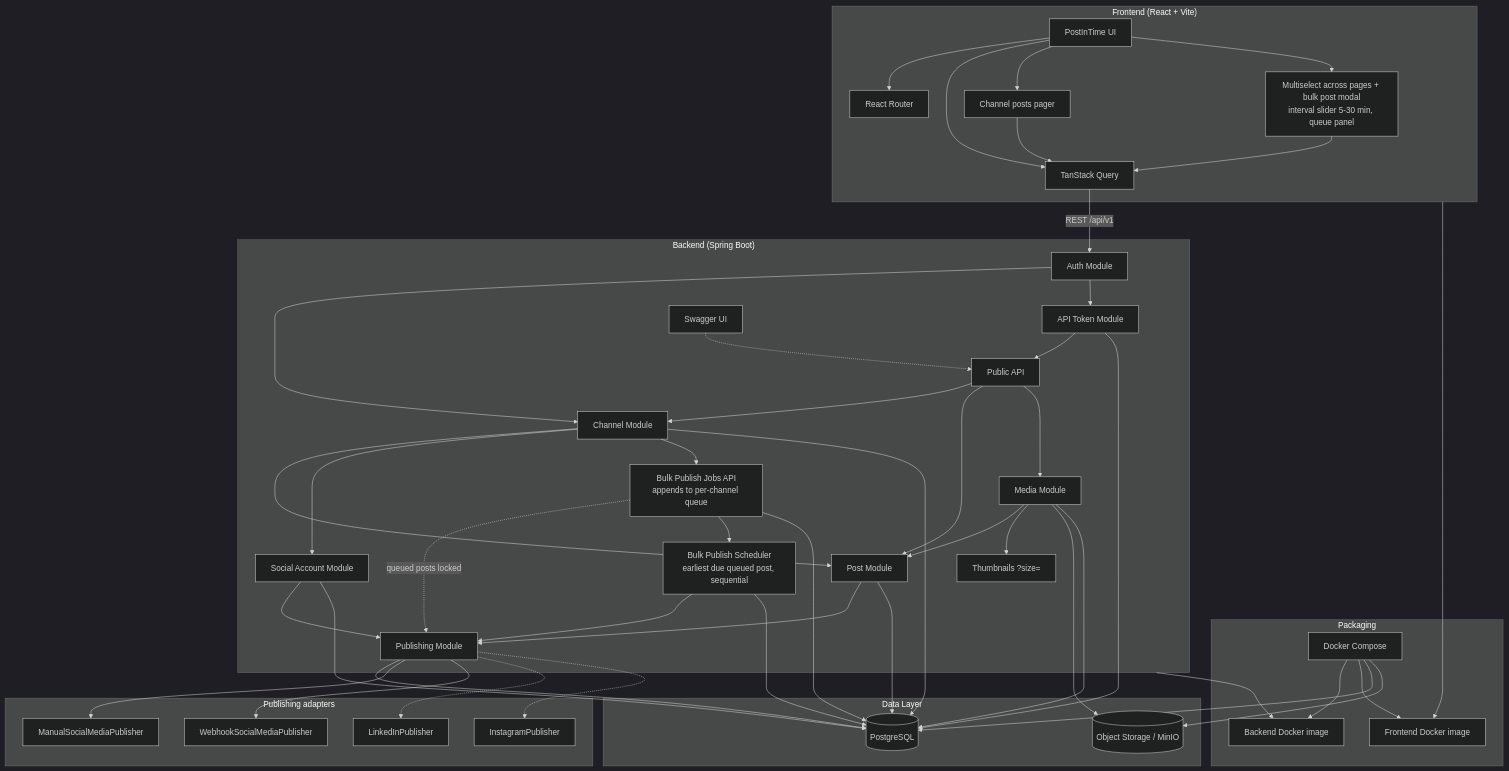
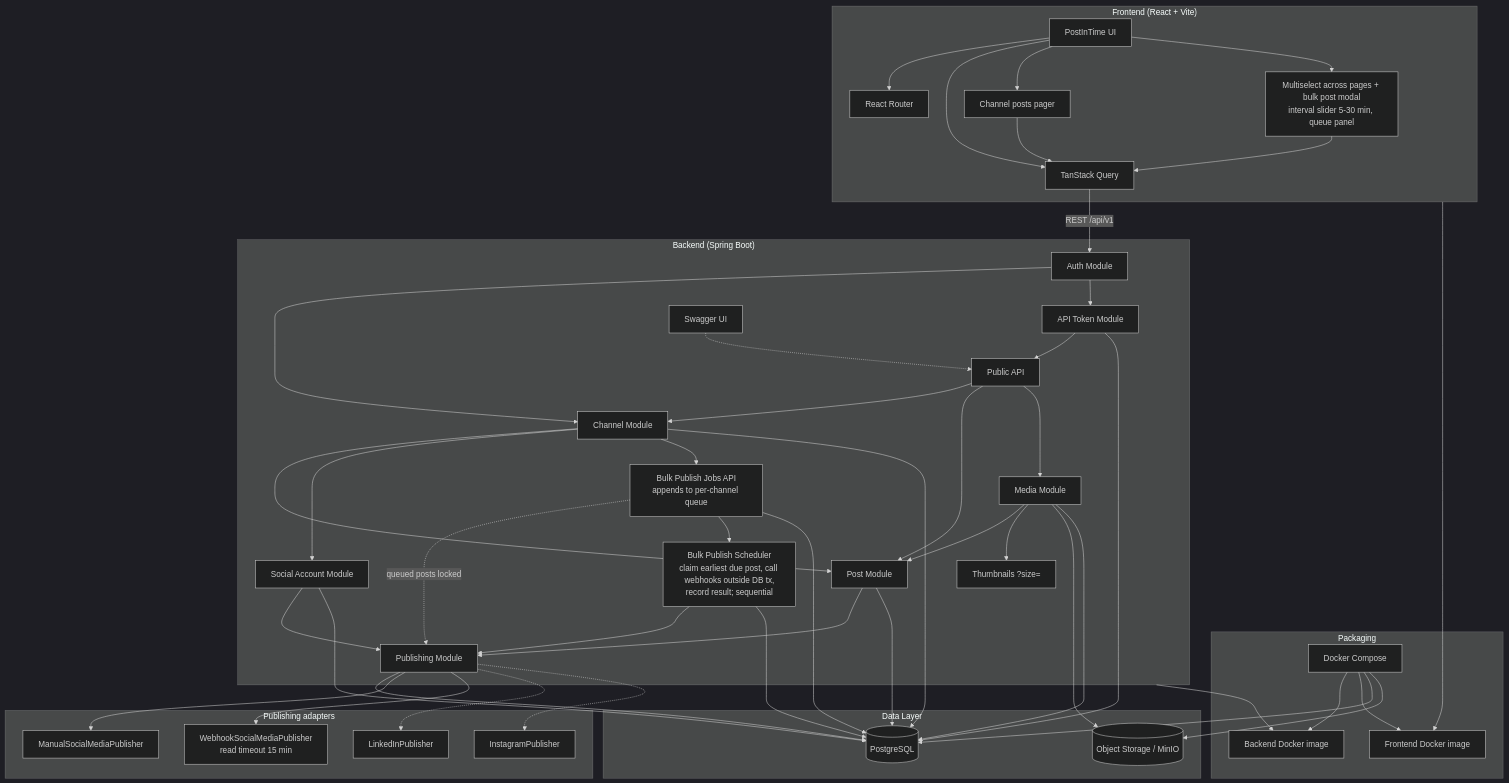
Before and after one commit to anushibinj/postintime: the diagram in product-architecture-flowchart.mmd, drawn with Mermaid (dark theme). The commit also changed 4 other files, not shown here.

```diff
--- a/product-architecture-flowchart.mmd
+++ b/product-architecture-flowchart.mmd
@@ -1,85 +1,85 @@
 flowchart TB
     subgraph Client["Frontend (React + Vite)"]
         UI[PostInTime UI]
         Router[React Router]
         Query[TanStack Query]
         PostsPager[Channel posts pager]
         BulkUI[Multiselect across pages + bulk post modal<br/>interval slider 5-30 min, queue panel]
         UI --> Router
         UI --> Query
         UI --> PostsPager
         UI --> BulkUI
         PostsPager --> Query
         BulkUI --> Query
     end
 
     subgraph API["Backend (Spring Boot)"]
         Auth[Auth Module]
         ApiTokens[API Token Module]
         Channels[Channel Module]
         Posts[Post Module]
         Media[Media Module]
         MediaThumbs[Thumbnails ?size=]
         Social[Social Account Module]
         Publishing[Publishing Module]
         BulkPublish[Bulk Publish Jobs API<br/>appends to per-channel queue]
-        BulkScheduler[Bulk Publish Scheduler<br/>earliest due queued post, sequential]
+        BulkScheduler[Bulk Publish Scheduler<br/>claim earliest due post, call webhooks outside DB tx,<br/>record result; sequential]
         Public[Public API]
         Swagger[Swagger UI]
         Auth --> Channels
         Auth --> ApiTokens
         ApiTokens --> Public
         Public --> Channels
         Public --> Posts
         Public --> Media
         Swagger -.-> Public
         Channels --> Posts
         Channels --> Social
         Posts --> Publishing
         Social --> Publishing
         BulkPublish -.->|queued posts locked| Publishing
         Channels --> BulkPublish
         BulkPublish --> BulkScheduler
         BulkScheduler --> Publishing
         Media --> Posts
         Media --> MediaThumbs
     end
 
     subgraph Data["Data Layer"]
         PG[(PostgreSQL)]
         Storage[(Object Storage / MinIO)]
     end
 
     Query -->|REST /api/v1| Auth
     ApiTokens --> PG
     Channels --> PG
     Posts --> PG
     Social --> PG
     Publishing --> PG
     BulkPublish --> PG
     BulkScheduler --> PG
     Media --> Storage
     Media --> PG
 
     subgraph Packaging["Packaging"]
         Compose[Docker Compose]
         BeImage[Backend Docker image]
         FeImage[Frontend Docker image]
         Compose --> BeImage
         Compose --> FeImage
         Compose --> PG
         Compose --> Storage
     end
     API --> BeImage
     Client --> FeImage
 
     subgraph Future["Publishing adapters"]
         Manual[ManualSocialMediaPublisher]
-        Webhook[WebhookSocialMediaPublisher]
+        Webhook[WebhookSocialMediaPublisher<br/>read timeout 15 min]
         LinkedIn[LinkedInPublisher]
         Instagram[InstagramPublisher]
         Publishing --> Manual
         Publishing --> Webhook
         Publishing -.-> LinkedIn
         Publishing -.-> Instagram
     end
```
